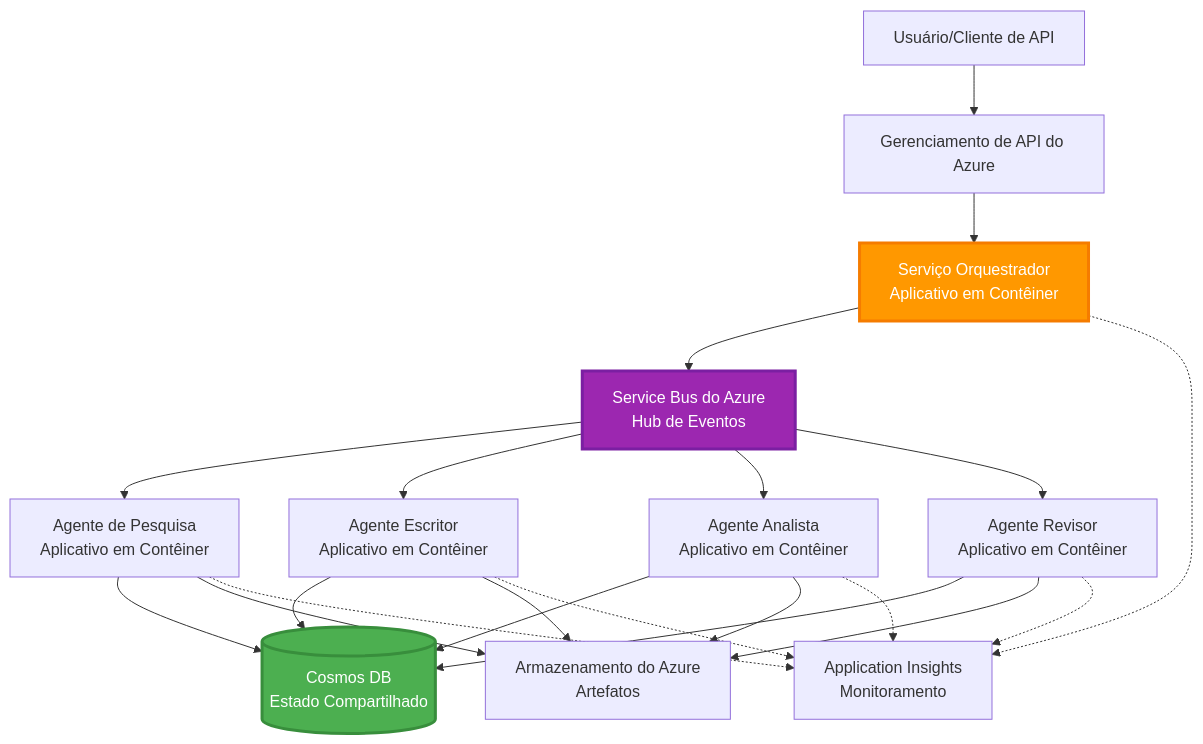
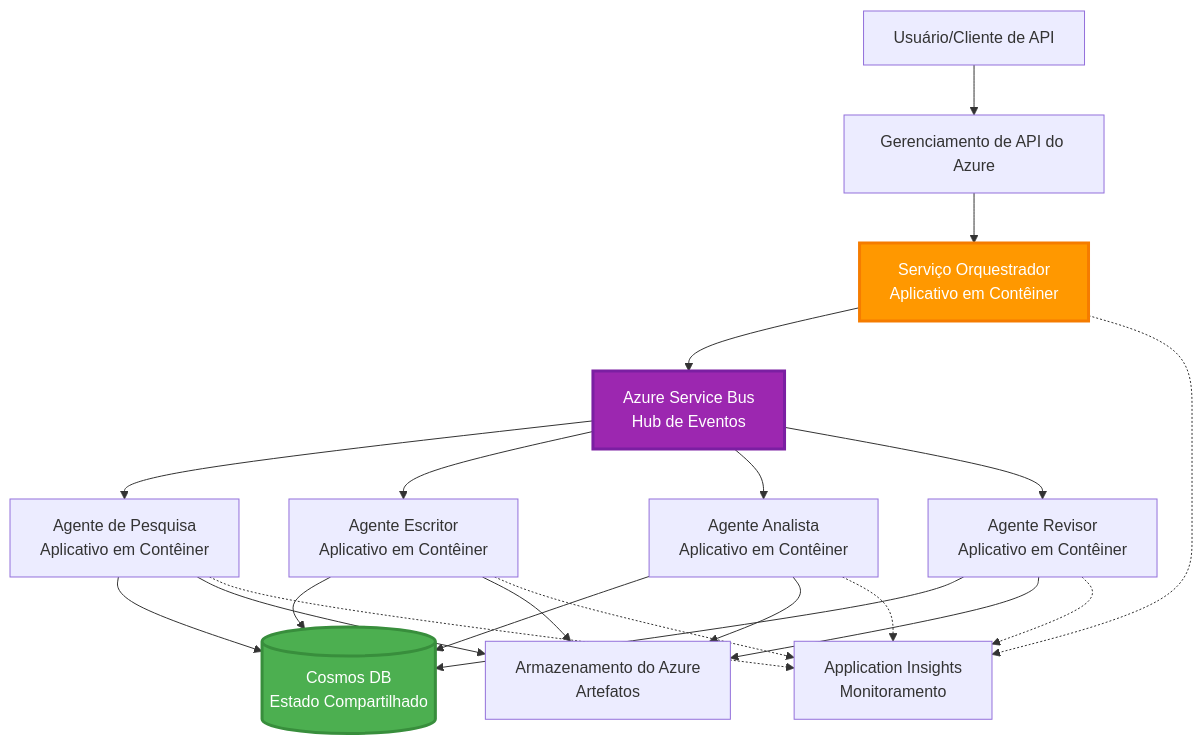
Before and after one commit to microsoft/AZD-for-beginners: the fifth of 5 diagrams in translations/pt-BR/docs/chapter-06-pre-deployment/coordination-patterns.md, drawn with Mermaid. The commit also changed other lines of this file and 101 other files, not shown here.

````diff
--- a/translations/pt-BR/docs/chapter-06-pre-deployment/coordination-patterns.md
+++ b/translations/pt-BR/docs/chapter-06-pre-deployment/coordination-patterns.md
@@ -271,45 +265,45 @@
 ```mermaid
 graph TB
     User[Usuário/Cliente de API]
     APIM[Gerenciamento de API do Azure]
     Orchestrator[Serviço Orquestrador<br/>Aplicativo em Contêiner]
-    ServiceBus[Service Bus do Azure<br/>Hub de Eventos]
+    ServiceBus[Azure Service Bus<br/>Hub de Eventos]
     
     Agent1[Agente de Pesquisa<br/>Aplicativo em Contêiner]
     Agent2[Agente Escritor<br/>Aplicativo em Contêiner]
     Agent3[Agente Analista<br/>Aplicativo em Contêiner]
     Agent4[Agente Revisor<br/>Aplicativo em Contêiner]
     
     CosmosDB[(Cosmos DB<br/>Estado Compartilhado)]
     Storage[Armazenamento do Azure<br/>Artefatos]
     AppInsights[Application Insights<br/>Monitoramento]
     
     User --> APIM
     APIM --> Orchestrator
     
     Orchestrator --> ServiceBus
     ServiceBus --> Agent1
     ServiceBus --> Agent2
     ServiceBus --> Agent3
     ServiceBus --> Agent4
     
     Agent1 --> CosmosDB
     Agent2 --> CosmosDB
     Agent3 --> CosmosDB
     Agent4 --> CosmosDB
     
     Agent1 --> Storage
     Agent2 --> Storage
     Agent3 --> Storage
     Agent4 --> Storage
     
     Orchestrator -.-> AppInsights
     Agent1 -.-> AppInsights
     Agent2 -.-> AppInsights
     Agent3 -.-> AppInsights
     Agent4 -.-> AppInsights
     
     style Orchestrator fill:#FF9800,stroke:#F57C00,stroke-width:3px,color:#fff
     style ServiceBus fill:#9C27B0,stroke:#7B1FA2,stroke-width:3px,color:#fff
     style CosmosDB fill:#4CAF50,stroke:#388E3C,stroke-width:3px,color:#fff
 ```
````
